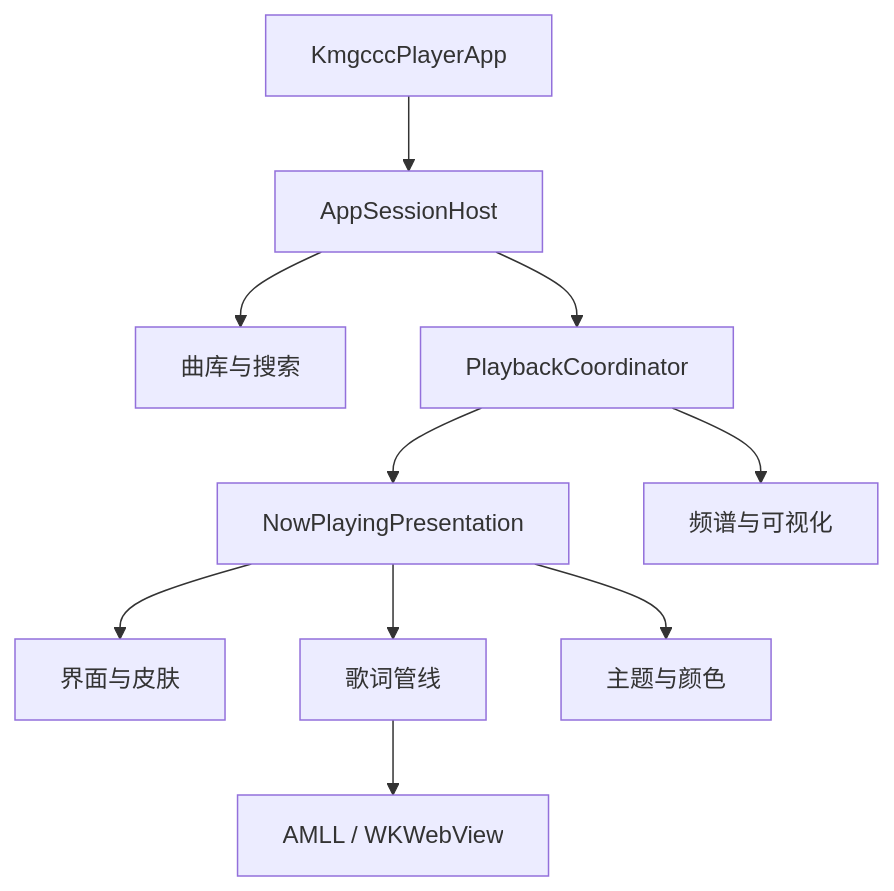
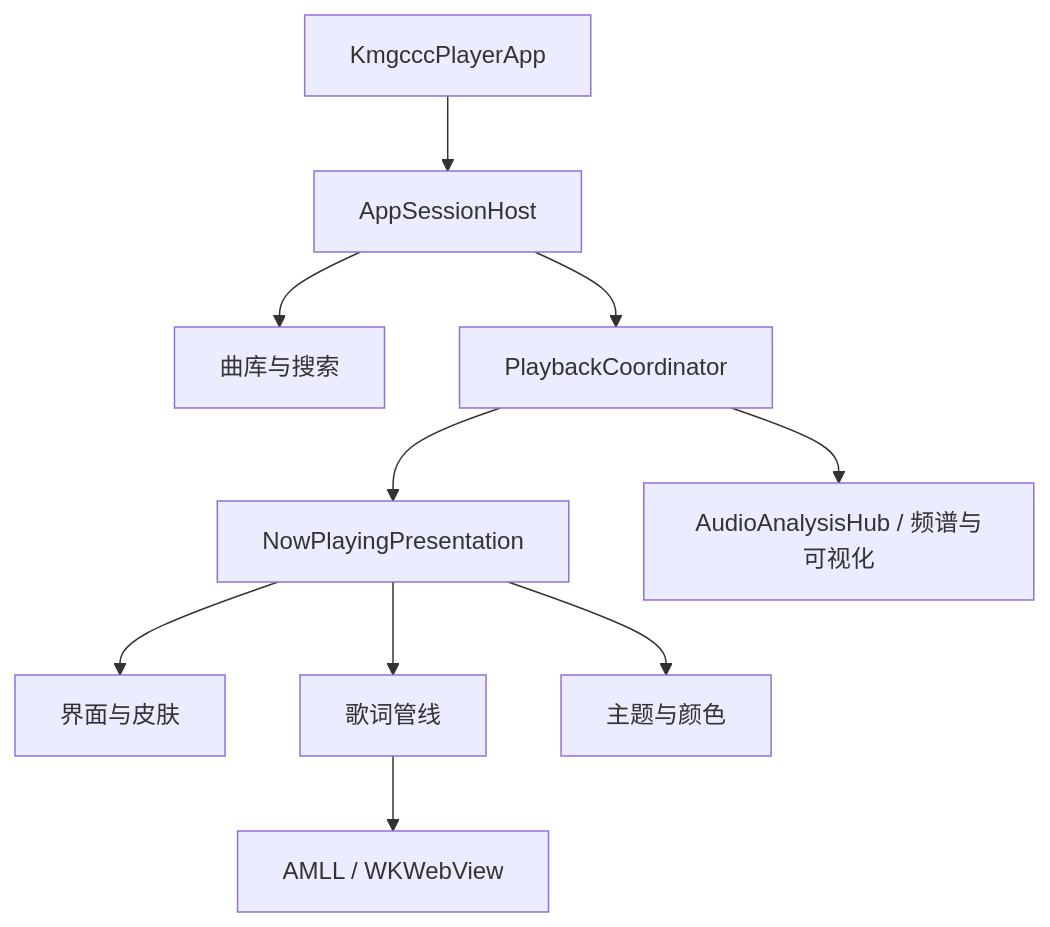
One commit to kmgcc/kmgccc_player changed the diagram in docs/architecture.md. Above: the diagram before and after it, drawn with Mermaid. The commit also changed other lines of this file and 3 other files, not shown here.

````diff
--- a/docs/architecture.md
+++ b/docs/architecture.md
@@ -7,12 +7,12 @@
 ```mermaid
 flowchart TD
     App["KmgcccPlayerApp"] --> Session["AppSessionHost"]
     Session --> Library["曲库与搜索"]
     Session --> Playback["PlaybackCoordinator"]
     Playback --> Presentation["NowPlayingPresentation"]
     Presentation --> UI["界面与皮肤"]
     Presentation --> Lyrics["歌词管线"]
     Presentation --> Theme["主题与颜色"]
-    Playback --> Audio["频谱与可视化"]
+    Playback --> Audio["AudioAnalysisHub / 频谱与可视化"]
     Lyrics --> AMLL["AMLL / WKWebView"]
 ```
````
